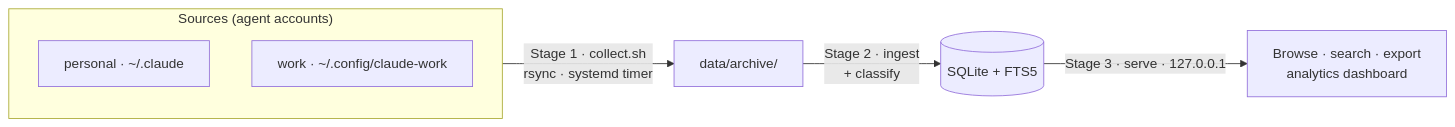
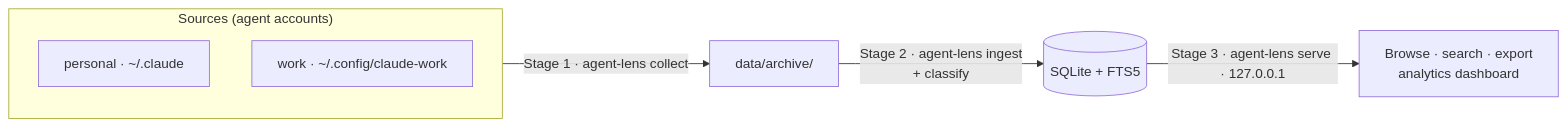
One commit to SWEStash/agent-lens changed the diagram in docs/USAGE.md. Above: the diagram before and after it, drawn with Mermaid. The commit also changed other lines of this file and 8 other files, not shown here.

First line of the commit message:
docs: update for the agent-lens CLI, cross-platform deploy, and theming

````diff
--- a/docs/USAGE.md
+++ b/docs/USAGE.md
@@ -6,11 +6,11 @@
 ```mermaid
 flowchart LR
   subgraph SRC["Sources (agent accounts)"]
     direction TB
     A1["personal · ~/.claude"]
     A2["work · ~/.config/claude-work"]
   end
-  SRC -->|"Stage 1 · collect.sh<br/>rsync · systemd timer"| ARCH["data/archive/"]
-  ARCH -->|"Stage 2 · ingest<br/>+ classify"| DB[("SQLite + FTS5")]
-  DB -->|"Stage 3 · serve · 127.0.0.1"| WEB["Browse · search · export<br/>analytics dashboard"]
+  SRC -->|"Stage 1 · agent-lens collect"| ARCH["data/archive/"]
+  ARCH -->|"Stage 2 · agent-lens ingest<br/>+ classify"| DB[("SQLite + FTS5")]
+  DB -->|"Stage 3 · agent-lens serve · 127.0.0.1"| WEB["Browse · search · export<br/>analytics dashboard"]
 ```
````
